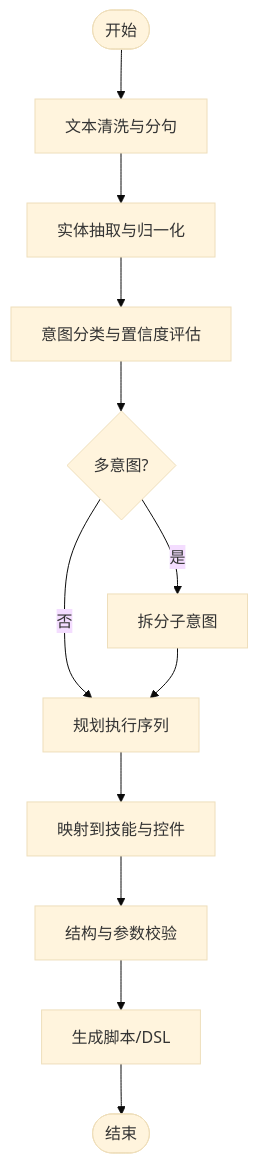
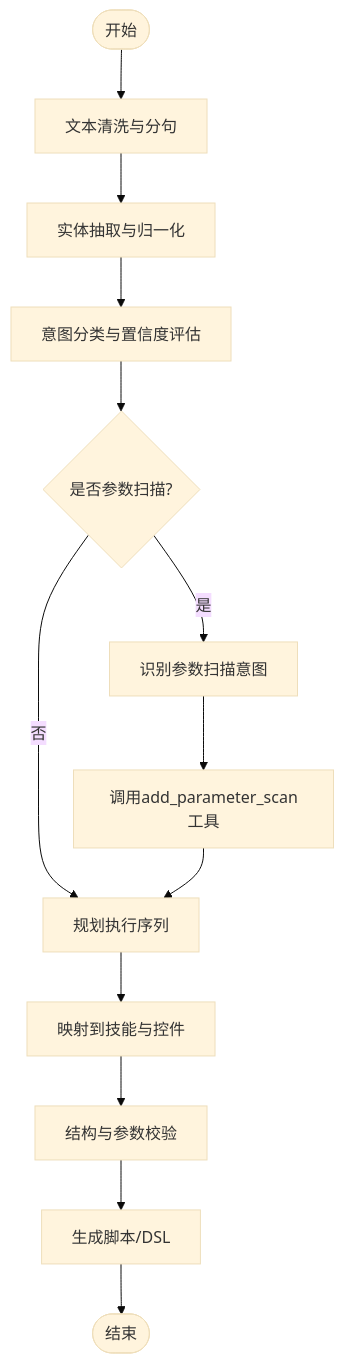
One commit to hanago33/WT_Automation changed the fifth of 8 diagrams in .qoder/repowiki/zh/content/AI辅助系统/AI辅助系统.md. Above: the diagram before and after it, drawn with Mermaid (base theme). The commit also changed other lines of this file and 247 other files, not shown here.

````diff
--- a/.qoder/repowiki/zh/content/AI辅助系统/AI辅助系统.md
+++ b/.qoder/repowiki/zh/content/AI辅助系统/AI辅助系统.md
@@ -439,14 +521,15 @@
 ```mermaid
 flowchart TD
 Start(["开始"]) --> Clean["文本清洗与分句"]
 Clean --> Extract["实体抽取与归一化"]
 Extract --> Classify["意图分类与置信度评估"]
-Classify --> Merge{"多意图?"}
-Merge --> |是| Split["拆分子意图"]
-Merge --> |否| Plan["规划执行序列"]
-Split --> Plan
+Classify --> CheckParam{"是否参数扫描?"}
+CheckParam --> |是| ScanIntent["识别参数扫描意图"]
+CheckParam --> |否| Plan["规划执行序列"]
+ScanIntent --> ToolCall["调用add_parameter_scan工具"]
+ToolCall --> Plan
 Plan --> Map["映射到技能与控件"]
 Map --> Validate["结构与参数校验"]
 Validate --> Output["生成脚本/DSL"]
 Output --> End(["结束"])
 ```
````
